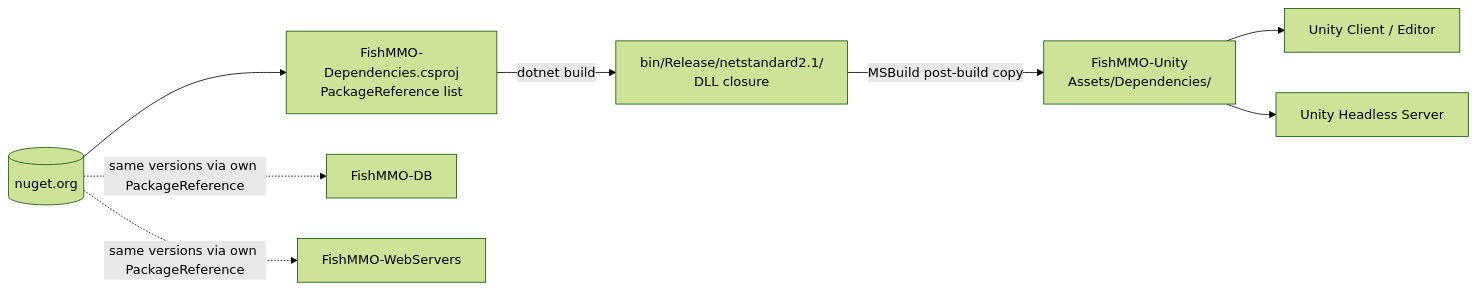
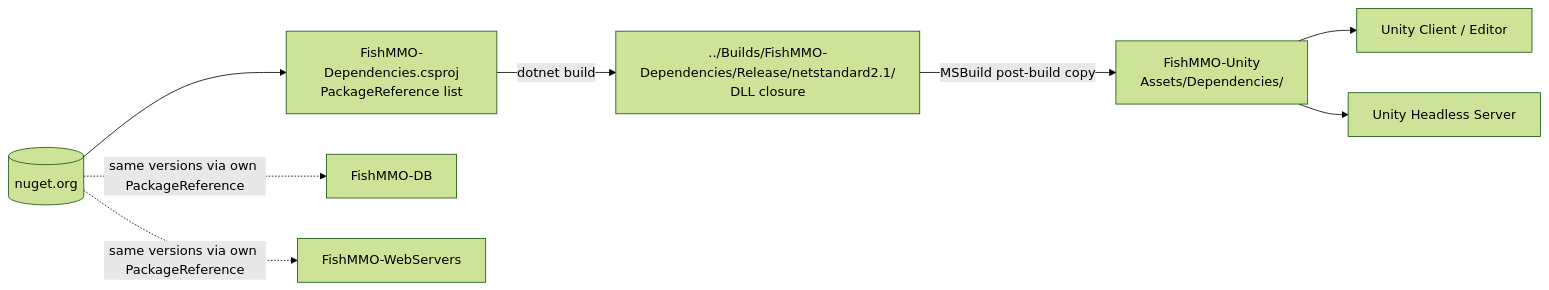
One commit to jimdroberts/FishMMO changed the diagram in FishMMO-Dependencies/README.md. Above: the diagram before and after it, drawn with Mermaid (forest theme). The commit also changed other lines of this file and 289 other files, not shown here.

Commit message:
FishMMO Update

````diff
--- a/FishMMO-Dependencies/README.md
+++ b/FishMMO-Dependencies/README.md
@@ -166,17 +169,17 @@
 ```mermaid
 flowchart LR
     NuGet[(nuget.org)]
     Deps[FishMMO-Dependencies.csproj<br/>PackageReference list]
-    Bin[bin/Release/netstandard2.1/<br/>DLL closure]
+    Bin[../Builds/FishMMO-Dependencies/Release/netstandard2.1/<br/>DLL closure]
     Unity[FishMMO-Unity<br/>Assets/Dependencies/]
 
     NuGet --> Deps
     Deps -->|dotnet build| Bin
     Bin -->|MSBuild post-build copy| Unity
 
     Unity --> Client[Unity Client / Editor]
     Unity --> ServerBuild[Unity Headless Server]
 
     NuGet -.->|same versions via own PackageReference| DB[FishMMO-DB]
     NuGet -.->|same versions via own PackageReference| Web[FishMMO-WebServers]
 ```
````
